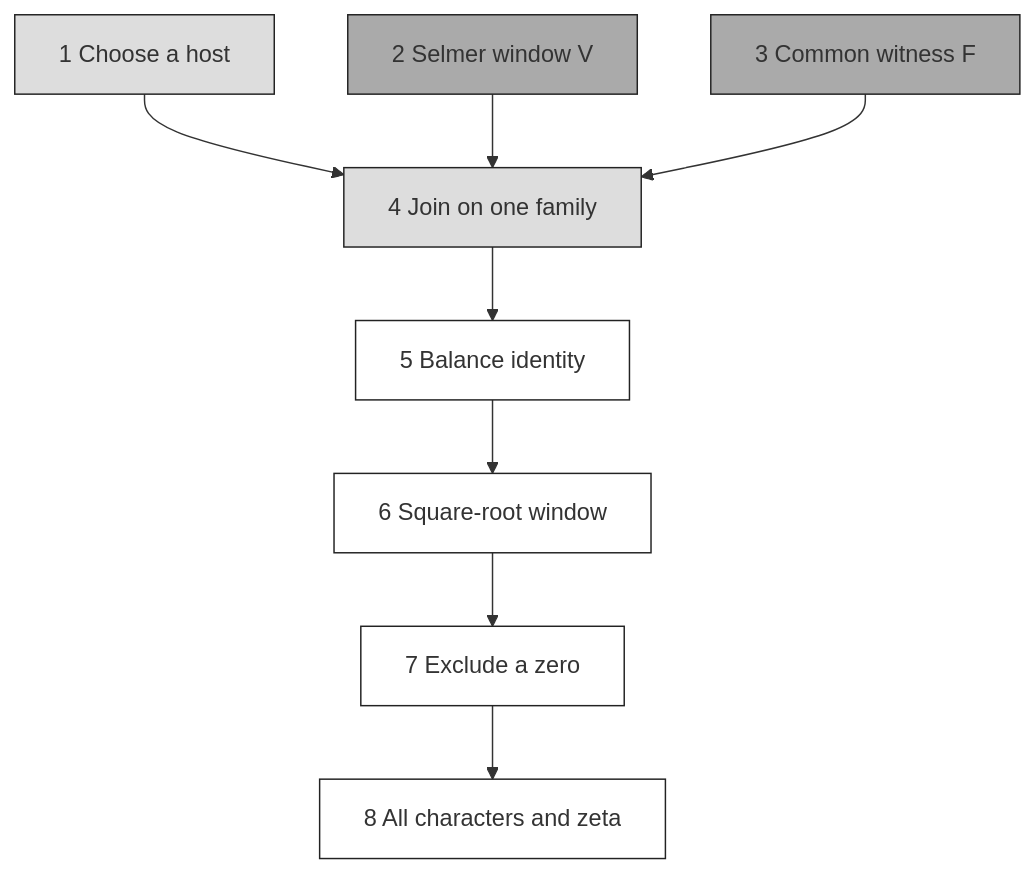
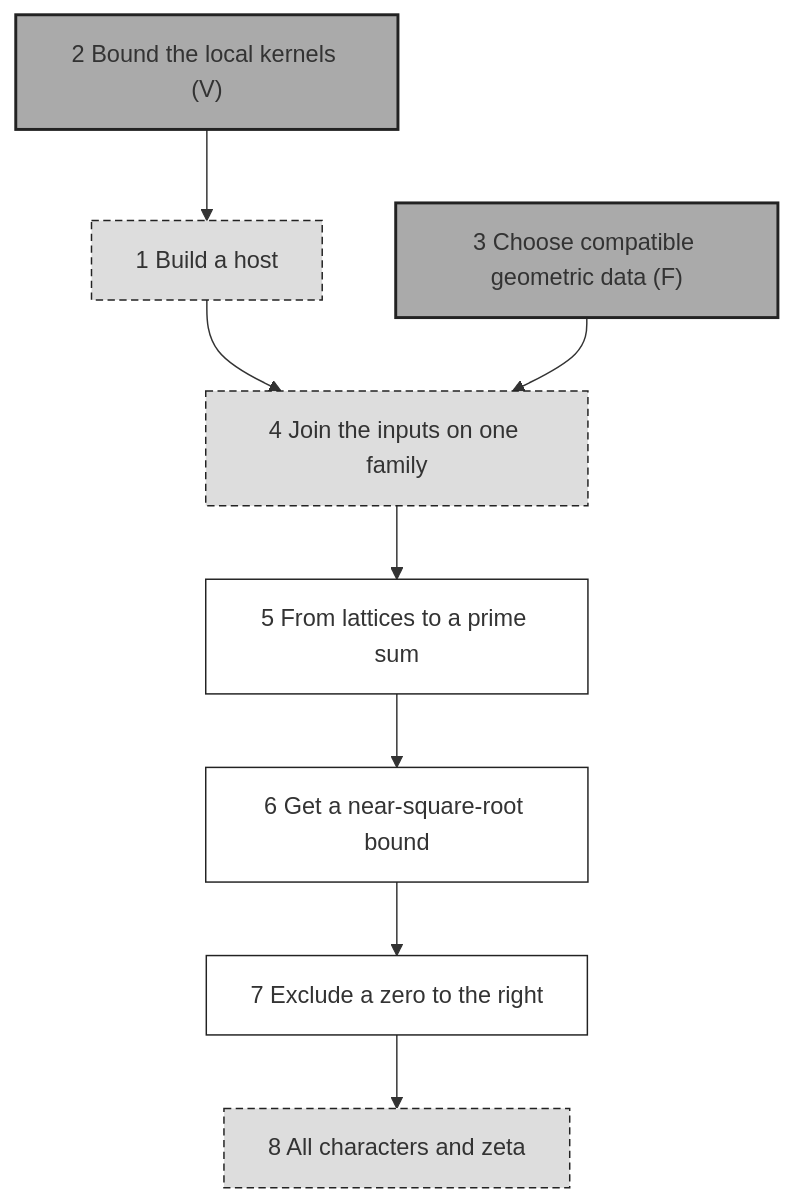
One commit to GunheeC/rh-lean-verification-atlas changed the diagram in docs/proof-at-a-glance.md. Above: the diagram before and after it, drawn with Mermaid. The commit also changed other lines of this file and 542 other files, not shown here.

````diff
--- a/docs/proof-at-a-glance.md
+++ b/docs/proof-at-a-glance.md
@@ -24,16 +37,16 @@
 ```mermaid
 flowchart TD
-    H["1 Choose a host"] --> J["4 Join on one family"]
-    V["2 Selmer window V"] --> J
-    F["3 Common witness F"] --> J
-    J --> B["5 Balance identity"]
-    B --> W["6 Square-root window"]
-    W --> L["7 Exclude a zero"]
+    H["1 Build a host"] --> J["4 Join the inputs on one family"]
+    V["2 Bound the local kernels (V)"] --> H
+    F["3 Choose compatible geometric data (F)"] --> J
+    J --> B["5 From lattices to a prime sum"]
+    B --> W["6 Get a near-square-root bound"]
+    W --> L["7 Exclude a zero to the right"]
     L --> A["8 All characters and zeta"]
     classDef written fill:#fff,stroke:#222
-    classDef outlined fill:#ddd,stroke:#222
-    classDef lean fill:#aaa,stroke:#222
-    class H,J outlined
+    classDef outlined fill:#ddd,stroke:#222,stroke-dasharray:5 3
+    classDef lean fill:#aaa,stroke:#222,stroke-width:2px
+    class H,J,A outlined
     class V,F lean
-    class B,W,L,A written
+    class B,W,L written
 ```
````
